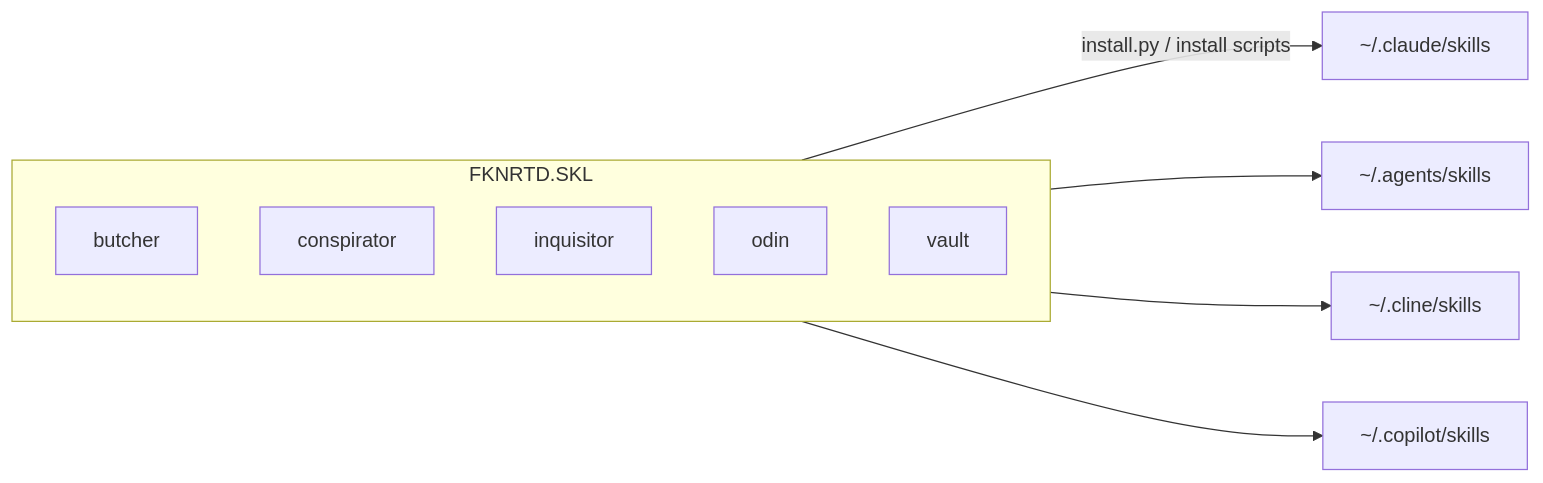
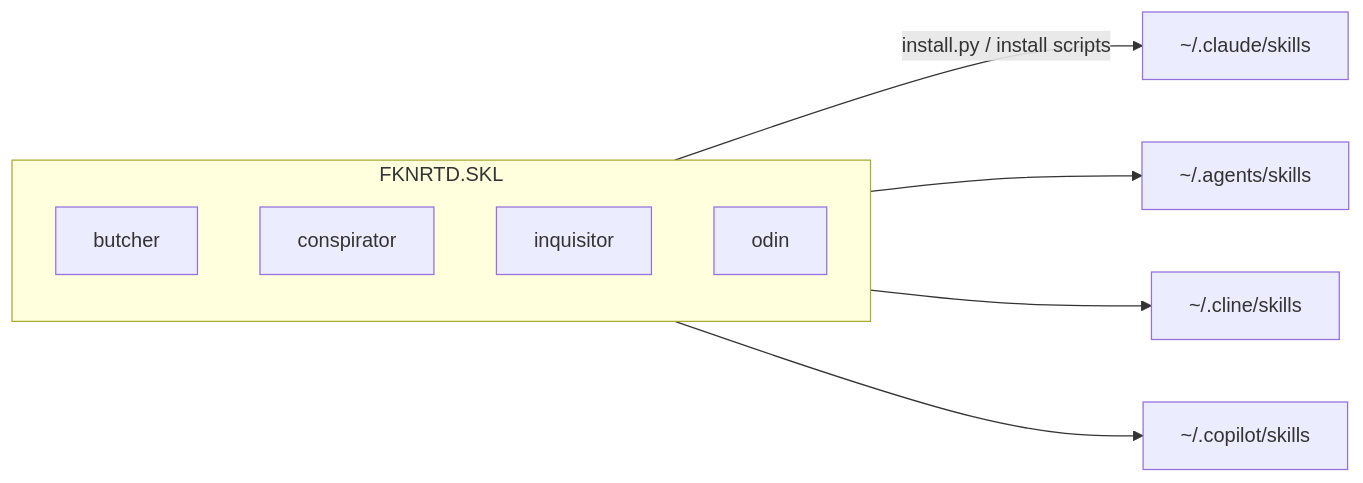
The diagram in README.md (nullcromancer/FKNRTD.SKL), drawn with Mermaid before and after one commit. The commit also changed other lines of this file and 2 other files, not shown here.

Commit message:
Remove vault from public repo; keep it local only

````diff
--- a/README.md
+++ b/README.md
@@ -72,14 +70,13 @@
 ```mermaid
 flowchart LR
   subgraph repo[FKNRTD.SKL]
     B[butcher]
     C[conspirator]
     I[inquisitor]
     O[odin]
-    V[vault]
   end
   repo -->|install.py / install scripts| S1[~/.claude/skills]
   repo --> S2[~/.agents/skills]
   repo --> S3[~/.cline/skills]
   repo --> S4[~/.copilot/skills]
 ```
````
